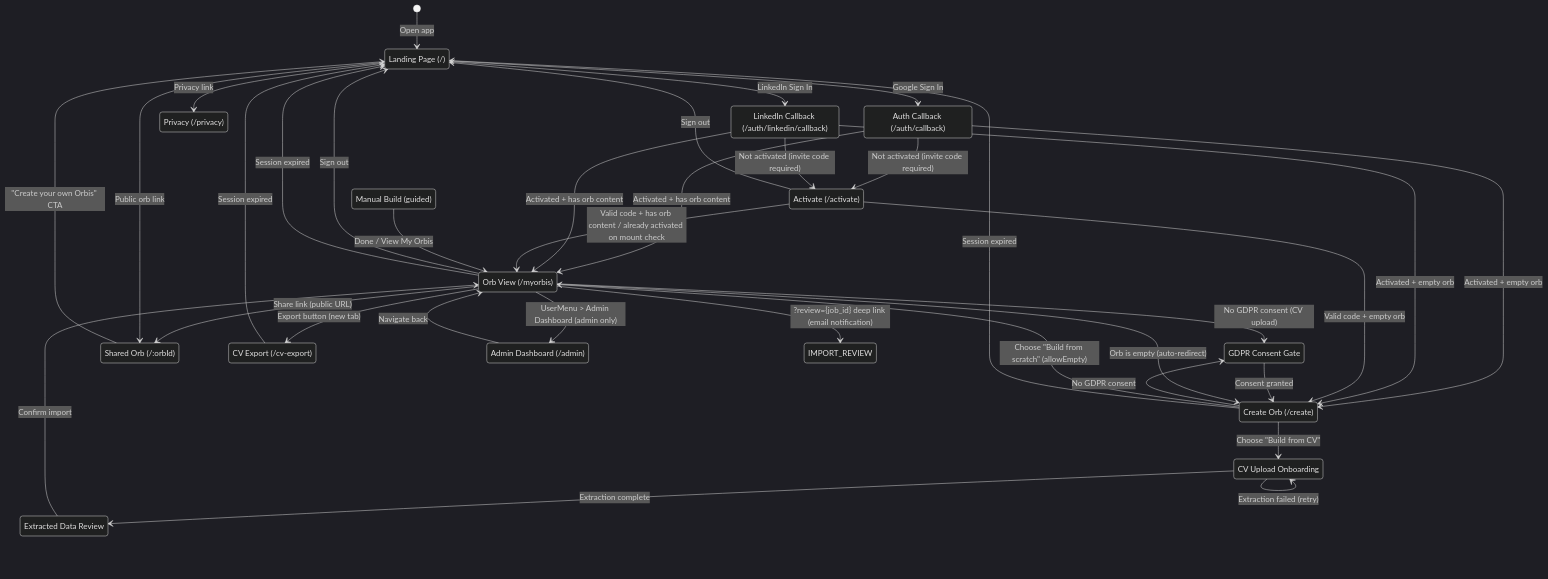
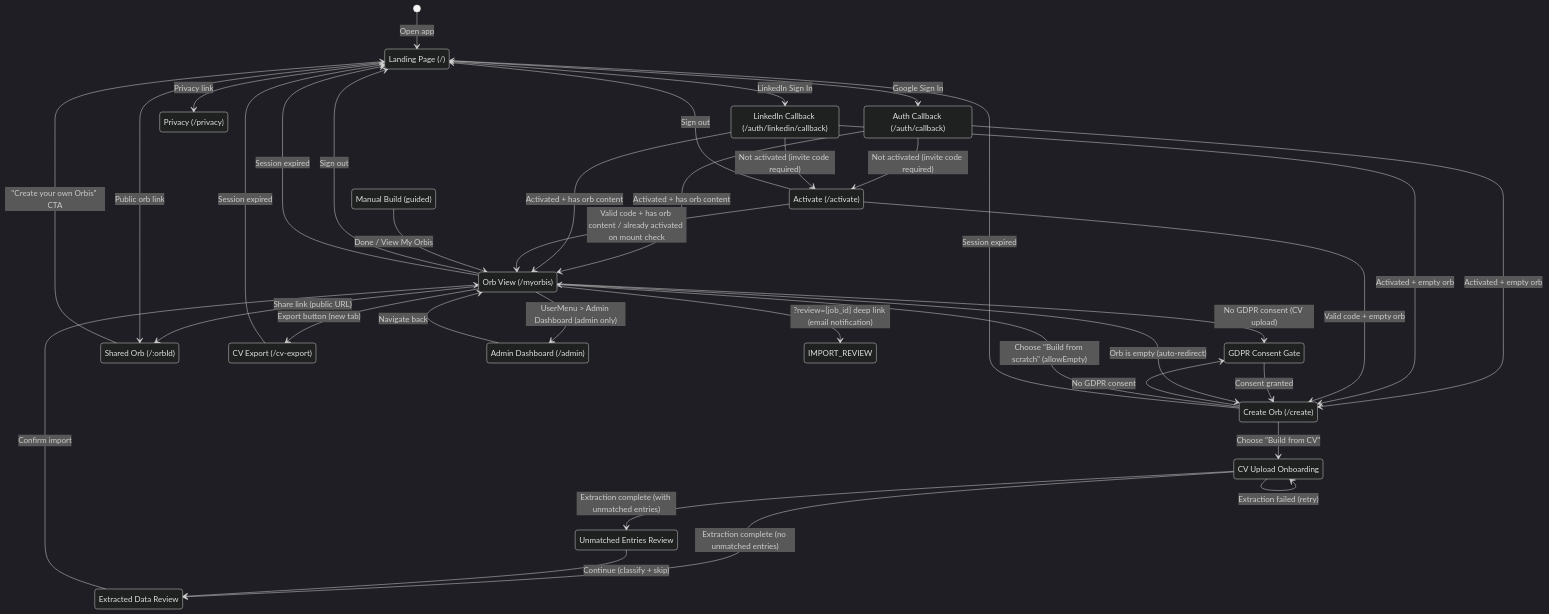
Before and after one commit to open-orbis/open-orbis: the first of 3 diagrams in docs/navigation-flow.md, drawn with Mermaid (dark theme). The commit also changed other lines of this file and 6 other files, not shown here.

First line of the commit message:
fix(deploy): Cloud Run traffic resilience + feat(cv-onboarding): classify-or-skip unmatched entries (#381) (#384)

````diff
--- a/docs/navigation-flow.md
+++ b/docs/navigation-flow.md
@@ -19,69 +19,72 @@
 ```mermaid
 stateDiagram-v2
     [*] --> LANDING: Open app
 
     %% ── Authentication ──
     state "Landing Page (/)" as LANDING
     state "Auth Callback (/auth/callback)" as AUTH_CALLBACK
     state "LinkedIn Callback (/auth/linkedin/callback)" as LINKEDIN_CALLBACK
     state "GDPR Consent Gate" as CONSENT_GATE
     state "Create Orb (/create)" as CREATE
     state "CV Upload Onboarding" as CV_UPLOAD
+    state "Unmatched Entries Review" as CV_UNMATCHED
     state "Extracted Data Review" as CV_REVIEW
     state "Manual Build (guided)" as MANUAL_BUILD
     state "Orb View (/myorbis)" as ORB_VIEW
     state "Shared Orb (/:orbId)" as SHARED_ORB
     state "CV Export (/cv-export)" as CV_EXPORT
     state "Privacy (/privacy)" as PRIVACY
     state "Activate (/activate)" as ACTIVATION
     state "Admin Dashboard (/admin)" as ADMIN
 
     %% ── Auth flows ──
     LANDING --> AUTH_CALLBACK: Google Sign In
     LANDING --> LINKEDIN_CALLBACK: LinkedIn Sign In
     AUTH_CALLBACK --> ACTIVATION: Not activated (invite code required)
     AUTH_CALLBACK --> ORB_VIEW: Activated + has orb content
     AUTH_CALLBACK --> CREATE: Activated + empty orb
     LINKEDIN_CALLBACK --> ACTIVATION: Not activated (invite code required)
     LINKEDIN_CALLBACK --> ORB_VIEW: Activated + has orb content
     LINKEDIN_CALLBACK --> CREATE: Activated + empty orb
 
     %% ── Activation gate (closed beta) ──
     ACTIVATION --> ORB_VIEW: Valid code + has orb content / already activated on mount check
     ACTIVATION --> CREATE: Valid code + empty orb
     ACTIVATION --> LANDING: Sign out
 
     %% ── Admin dashboard ──
     ORB_VIEW --> ADMIN: UserMenu > Admin Dashboard (admin only)
     ADMIN --> ORB_VIEW: Navigate back
 
     %% ── Consent gate ──
     CREATE --> CONSENT_GATE: No GDPR consent
     CONSENT_GATE --> CREATE: Consent granted
     ORB_VIEW --> CONSENT_GATE: No GDPR consent (CV upload)
 
     %% ── Create flows ──
     CREATE --> CV_UPLOAD: Choose "Build from CV"
     CREATE --> ORB_VIEW: Choose "Build from scratch" (allowEmpty)
-    CV_UPLOAD --> CV_REVIEW: Extraction complete
+    CV_UPLOAD --> CV_UNMATCHED: Extraction complete (with unmatched entries)
+    CV_UPLOAD --> CV_REVIEW: Extraction complete (no unmatched entries)
+    CV_UNMATCHED --> CV_REVIEW: Continue (classify + skip)
     CV_REVIEW --> ORB_VIEW: Confirm import
     CV_UPLOAD --> CV_UPLOAD: Extraction failed (retry)
     MANUAL_BUILD --> ORB_VIEW: Done / View My Orbis
 
     %% ── Orb View navigation ──
     ORB_VIEW --> CV_EXPORT: Export button (new tab)
     ORB_VIEW --> SHARED_ORB: Share link (public URL)
     ORB_VIEW --> CREATE: Orb is empty (auto-redirect)
     ORB_VIEW --> LANDING: Sign out
     ORB_VIEW --> IMPORT_REVIEW: ?review={job_id} deep link (email notification)
 
     %% ── Public pages ──
     LANDING --> PRIVACY: Privacy link
     LANDING --> SHARED_ORB: Public orb link
     SHARED_ORB --> LANDING: "Create your own Orbis" CTA
 
     %% ── Session expiry ──
     ORB_VIEW --> LANDING: Session expired
     CREATE --> LANDING: Session expired
     CV_EXPORT --> LANDING: Session expired
 ```
````
